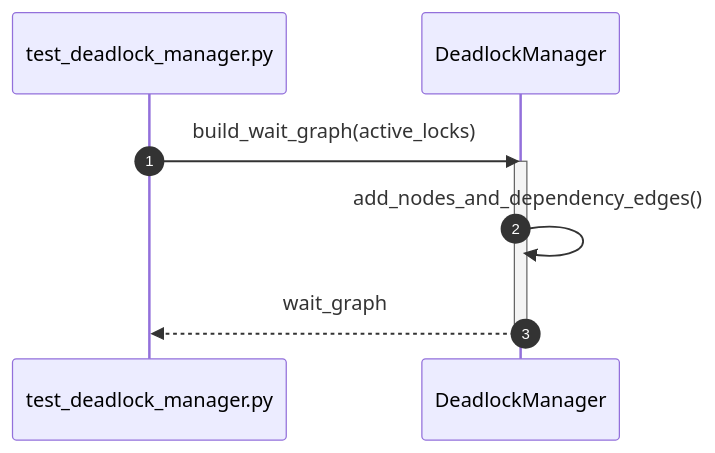
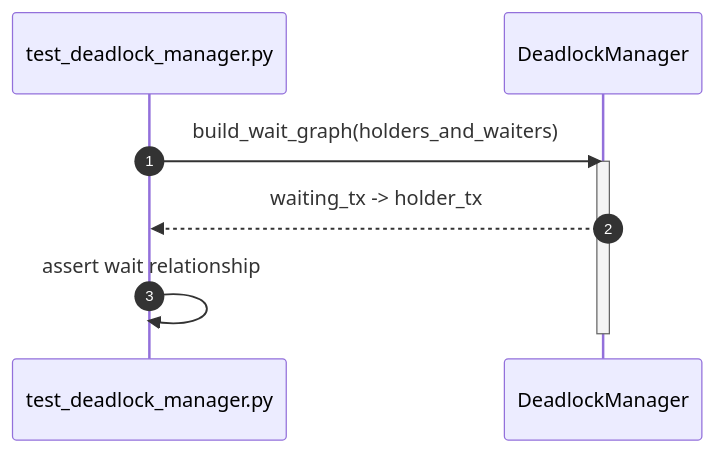
Before and after one commit to taitran501/DBMS: the first of 52 diagrams in diagrams/sequence/transaction.md, drawn with Mermaid. The commit also changed other lines of this file and 6 other files, not shown here.

````diff
--- a/diagrams/sequence/transaction.md
+++ b/diagrams/sequence/transaction.md
@@ -11,12 +11,12 @@
 ```mermaid
 sequenceDiagram
     autonumber
     participant Test as test_deadlock_manager.py
     participant SUT as DeadlockManager
 
-    Test->>SUT: build_wait_graph(active_locks)
+    Test->>SUT: build_wait_graph(holders_and_waiters)
     activate SUT
-    SUT->>SUT: add_nodes_and_dependency_edges()
-    SUT-->>Test: wait_graph
+    SUT-->>Test: waiting_tx -> holder_tx
+    Test->>Test: assert wait relationship
     deactivate SUT
 ```
````
